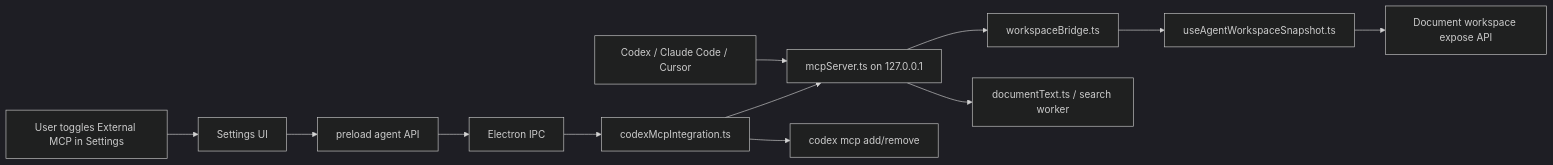
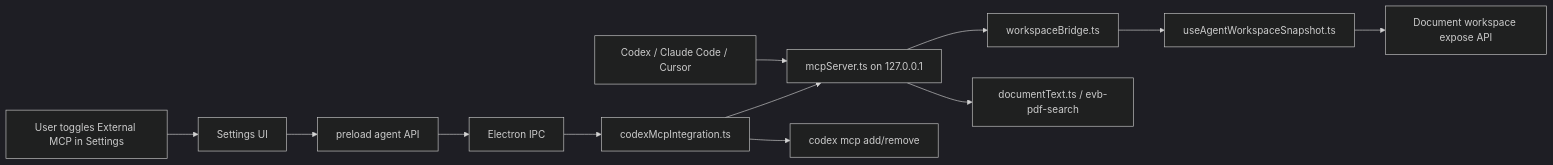
Before and after one commit to evb0110/evb-viewer: the first of 2 diagrams in docs/architecture/mcp.md, drawn with Mermaid (dark theme). The commit also changed other lines of this file and 167 other files, not shown here.

````diff
--- a/docs/architecture/mcp.md
+++ b/docs/architecture/mcp.md
@@ -18,14 +18,14 @@
 ```mermaid
 flowchart LR
     User["User toggles External MCP in Settings"] --> Renderer["Settings UI"]
     Renderer --> Preload["preload agent API"]
     Preload --> MainIPC["Electron IPC"]
     MainIPC --> CodexIntegration["codexMcpIntegration.ts"]
     CodexIntegration --> LocalServer["mcpServer.ts on 127.0.0.1"]
     CodexIntegration --> CodexCLI["codex mcp add/remove"]
     Codex["Codex / Claude Code / Cursor"] --> LocalServer
     LocalServer --> WorkspaceBridge["workspaceBridge.ts"]
     WorkspaceBridge --> AppShell["useAgentWorkspaceSnapshot.ts"]
     AppShell --> WorkspaceExpose["Document workspace expose API"]
-    LocalServer --> SearchIndex["documentText.ts / search worker"]
+    LocalServer --> SearchIndex["documentText.ts / evb-pdf-search"]
 ```
````
